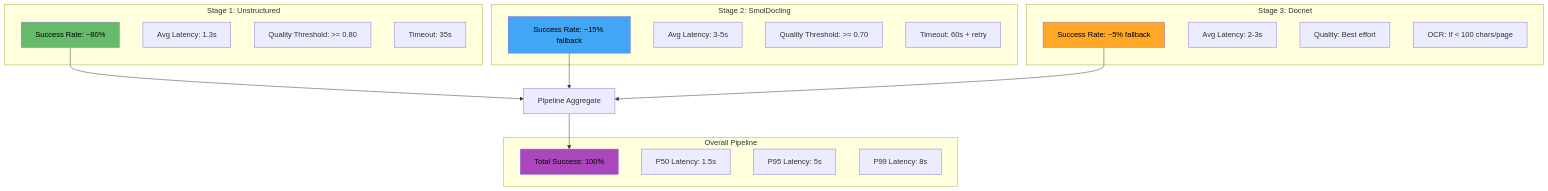
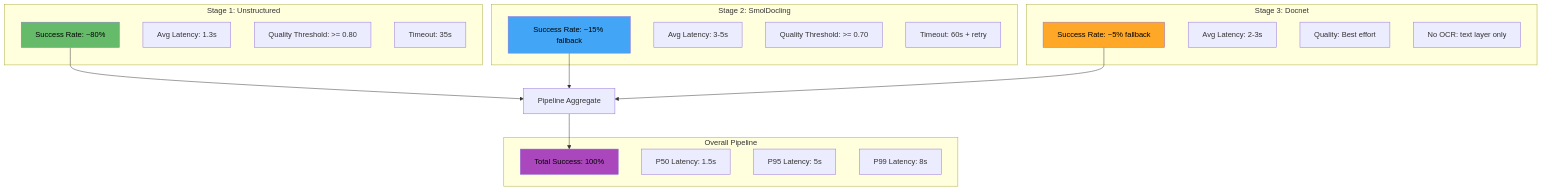
The seventh of 8 diagrams in docs/for-claude/architecture/diagrams/pdf-pipeline-detailed.md (meepleAi-app/meepleai-monorepo), drawn with Mermaid before and after one commit. The commit also changed other lines of this file and 3 other files, not shown here.

First line of the commit message:
docs(pdf): Docnet non fa OCR nei diagrammi della pipeline (#4437)

````diff
--- a/docs/for-claude/architecture/diagrams/pdf-pipeline-detailed.md
+++ b/docs/for-claude/architecture/diagrams/pdf-pipeline-detailed.md
@@ -353,40 +336,40 @@
 ```mermaid
 graph TB
     subgraph "Stage 1: Unstructured"
         S1Metric1[Success Rate: ~80%]
         S1Metric2[Avg Latency: 1.3s]
         S1Metric3[Quality Threshold: >= 0.80]
         S1Metric4[Timeout: 35s]
     end
 
     subgraph "Stage 2: SmolDocling"
         S2Metric1[Success Rate: ~15% fallback]
         S2Metric2[Avg Latency: 3-5s]
         S2Metric3[Quality Threshold: >= 0.70]
         S2Metric4[Timeout: 60s + retry]
     end
 
     subgraph "Stage 3: Docnet"
         S3Metric1[Success Rate: ~5% fallback]
         S3Metric2[Avg Latency: 2-3s]
         S3Metric3[Quality: Best effort]
-        S3Metric4[OCR: If < 100 chars/page]
+        S3Metric4[No OCR: text layer only]
     end
 
     subgraph "Overall Pipeline"
         OMetric1[Total Success: 100%]
         OMetric2[P50 Latency: 1.5s]
         OMetric3[P95 Latency: 5s]
         OMetric4[P99 Latency: 8s]
     end
 
     S1Metric1 --> Aggregate[Pipeline Aggregate]
     S2Metric1 --> Aggregate
     S3Metric1 --> Aggregate
     Aggregate --> OMetric1
 
     style S1Metric1 fill:#66bb6a,color:#000
     style S2Metric1 fill:#42a5f5,color:#000
     style S3Metric1 fill:#ffa726,color:#000
     style OMetric1 fill:#ab47bc,color:#000
 ```
````
